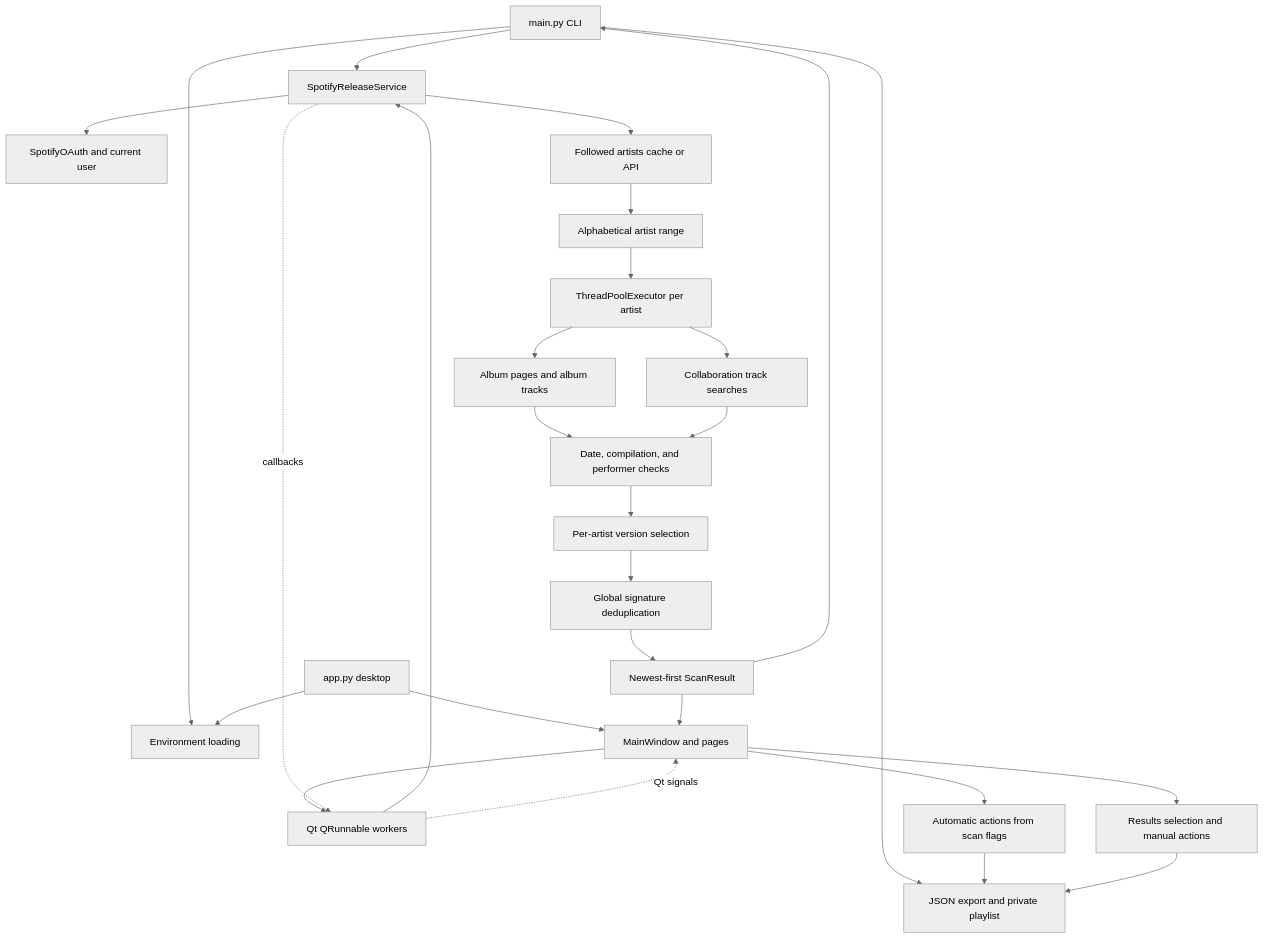
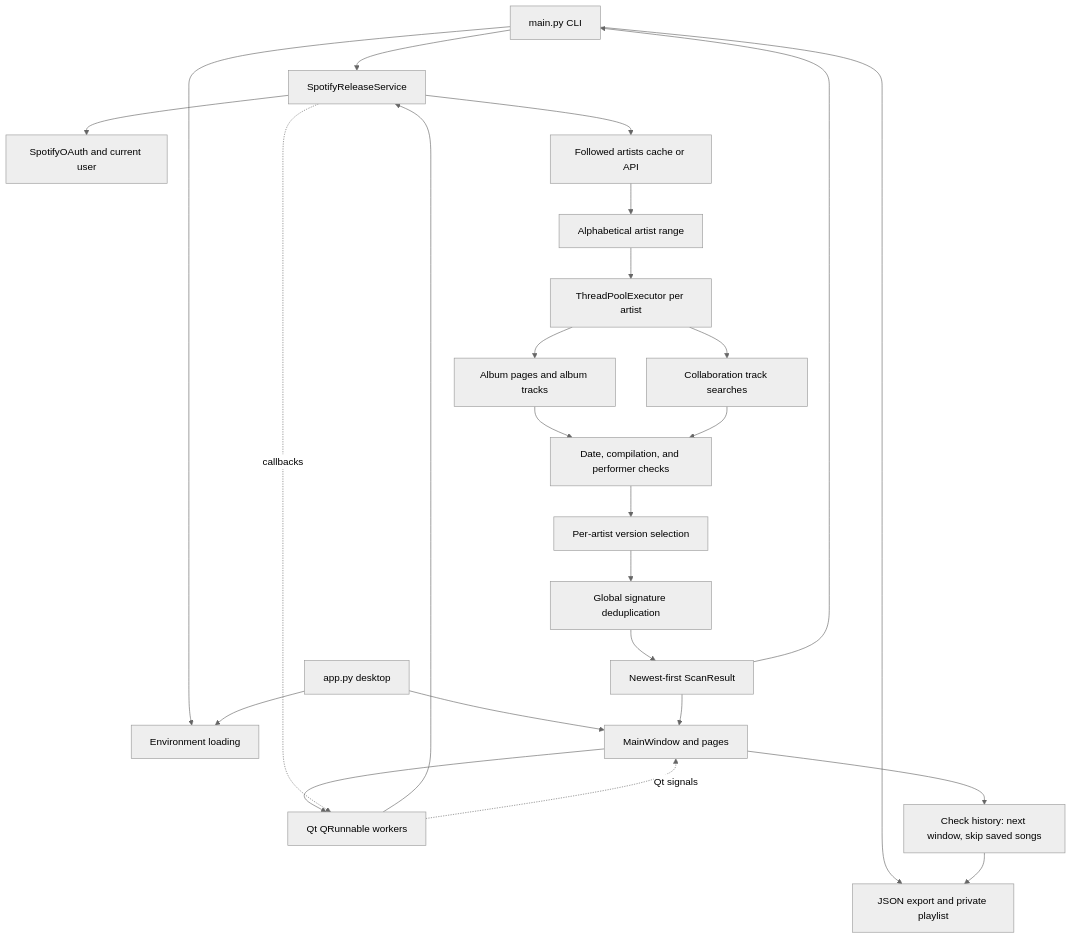
Before and after one commit to astytimestwo/wavvie-spotify-engine: the second of 2 diagrams in mindmap.md, drawn with Mermaid (neutral theme). The commit also changed other lines of this file and 17 other files, not shown here.

````diff
--- a/mindmap.md
+++ b/mindmap.md
@@ -74,29 +72,27 @@
 ```mermaid
 flowchart TD
     CLI[main.py CLI] --> ENV[Environment loading]
     APP[app.py desktop] --> ENV
     APP --> MW[MainWindow and pages]
     MW --> WORK[Qt QRunnable workers]
     CLI --> SERVICE[SpotifyReleaseService]
     WORK --> SERVICE
     SERVICE --> AUTH[SpotifyOAuth and current user]
     SERVICE --> CACHE[Followed artists cache or API]
     CACHE --> RANGE[Alphabetical artist range]
     RANGE --> POOL[ThreadPoolExecutor per artist]
     POOL --> ALBUMS[Album pages and album tracks]
     POOL --> SEARCH[Collaboration track searches]
     ALBUMS --> FILTER[Date, compilation, and performer checks]
     SEARCH --> FILTER
     FILTER --> LOCAL[Per-artist version selection]
     LOCAL --> GLOBAL[Global signature deduplication]
     GLOBAL --> RESULT[Newest-first ScanResult]
     SERVICE -. callbacks .-> WORK
     WORK -. Qt signals .-> MW
     RESULT --> CLI
     RESULT --> MW
     CLI --> OUTPUT[JSON export and private playlist]
-    MW --> AUTO[Automatic actions from scan flags]
-    MW --> SELECT[Results selection and manual actions]
-    AUTO --> OUTPUT
-    SELECT --> OUTPUT
+    MW --> HIST[Check history: next window, skip saved songs]
+    HIST --> OUTPUT
 ```
````
